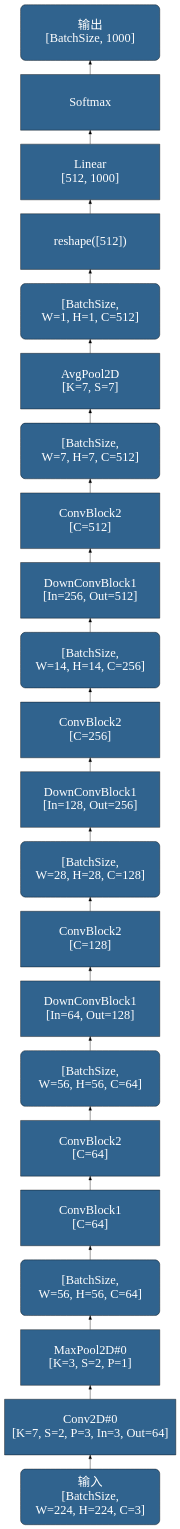
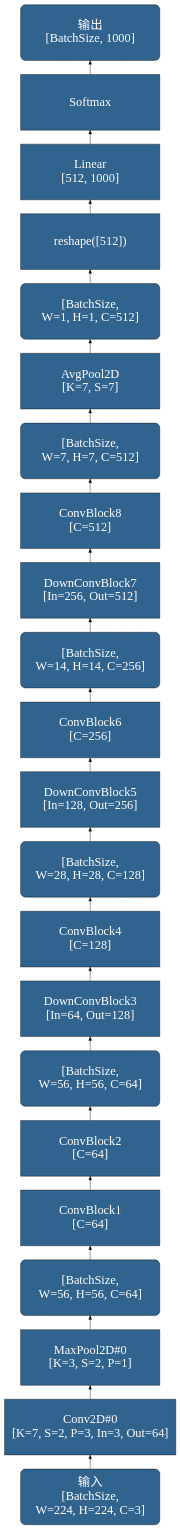
Before and after one commit to OpenDocCN/python-code-anls: the diagram in docs/basic_dl_arch/3_4_resnet.dot, drawn with Graphviz.

Commit message:
2024-02-28 18:06:14

```diff
--- a/docs/basic_dl_arch/3_4_resnet.dot
+++ b/docs/basic_dl_arch/3_4_resnet.dot
@@ -1,42 +1,42 @@
 digraph ResNet18 {
 	rankdir=BT
     node [
 		style=filled, 
 		color=Black
 		fontcolor=White, 
 		fillcolor="#30638e", 
 		fontname="SimHei",
 		fontsize=32,
 		width=5, height=2,
 		shape="box",
 	]
     inp [label="输入\n[BatchSize,\nW=224, H=224, C=3]", shape="Mrecord"]
     conv0 [label="Conv2D#0\n[K=7, S=2, P=3, In=3, Out=64]"]
     maxpool0 [label="MaxPool2D#0\n[K=3, S=2, P=1]"]
     featmap0 [label="[BatchSize,\nW=56, H=56, C=64]", shape="Mrecord"]
 	convblock1 [label="ConvBlock1\n[C=64]"]
 	convblock2 [label="ConvBlock2\n[C=64]"]
     featmap2 [label="[BatchSize,\nW=56, H=56, C=64]", shape="Mrecord"]
-    downconvblock3 [label="DownConvBlock1\n[In=64, Out=128]"]
-	convblock4 [label="ConvBlock2\n[C=128]"]
+    downconvblock3 [label="DownConvBlock3\n[In=64, Out=128]"]
+	convblock4 [label="ConvBlock4\n[C=128]"]
     featmap4 [label="[BatchSize,\nW=28, H=28, C=128]", shape="Mrecord"]
-    downconvblock5 [label="DownConvBlock1\n[In=128, Out=256]"]
-	convblock6 [label="ConvBlock2\n[C=256]"]
+    downconvblock5 [label="DownConvBlock5\n[In=128, Out=256]"]
+	convblock6 [label="ConvBlock6\n[C=256]"]
     featmap6 [label="[BatchSize,\nW=14, H=14, C=256]", shape="Mrecord"]
-    downconvblock7 [label="DownConvBlock1\n[In=256, Out=512]"]
-	convblock8 [label="ConvBlock2\n[C=512]"]
+    downconvblock7 [label="DownConvBlock7\n[In=256, Out=512]"]
+	convblock8 [label="ConvBlock8\n[C=512]"]
     featmap8 [label="[BatchSize,\nW=7, H=7, C=512]", shape="Mrecord"]
     avgpool [label="AvgPool2D\n[K=7, S=7]"]
     featmap9 [label="[BatchSize,\nW=1, H=1, C=512]", shape="Mrecord"]
     reshape [label="reshape([512])"]
     linear [label="Linear\n[512, 1000]"]
     softmax [label="Softmax"]
 	oup [label="输出\n[BatchSize, 1000]", shape="Mrecord"]
 
     inp -> conv0 -> maxpool0 -> featmap0 -> convblock1 -> convblock2 -> 
         featmap2 -> downconvblock3 -> convblock4 -> featmap4 ->
         downconvblock5 -> convblock6 -> featmap6 ->
         downconvblock7 -> convblock8 -> featmap8 -> avgpool ->
         featmap9 -> reshape -> linear -> softmax -> oup
 
 }
```
